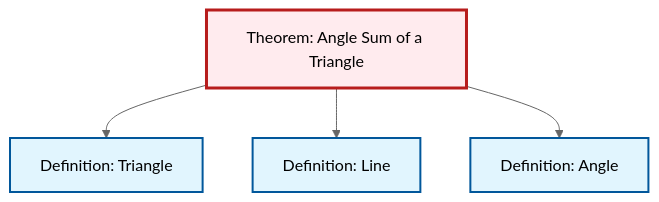
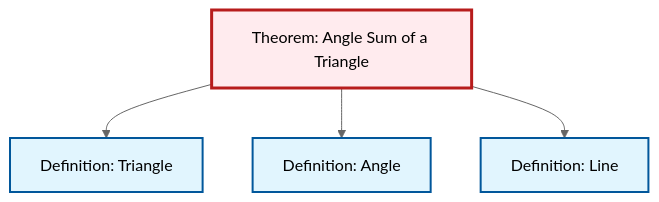
Before and after one commit to RK0429/ModernMath: the diagram in content/en/geometry/thm-angle-sum-triangle.qmd, drawn with Mermaid (neutral theme). The commit also changed other lines of this file and 672 other files, not shown here.

````diff
--- a/content/en/geometry/thm-angle-sum-triangle.qmd
+++ b/content/en/geometry/thm-angle-sum-triangle.qmd
@@ -57,20 +57,20 @@
 ```{mermaid}
 %%| fig-cap: "Local dependency graph"
 graph TD
     classDef definition fill:#e1f5fe,stroke:#01579b,stroke-width:2px
     classDef theorem fill:#f3e5f5,stroke:#4a148c,stroke-width:2px
     classDef axiom fill:#fff3e0,stroke:#e65100,stroke-width:2px
     classDef example fill:#e8f5e9,stroke:#1b5e20,stroke-width:2px
     classDef current fill:#ffebee,stroke:#b71c1c,stroke-width:3px
+    def-triangle["Definition: Triangle"]:::definition
     def-line["Definition: Line"]:::definition
     thm-angle-sum-triangle["Theorem: Angle Sum of a Triangle"]:::theorem
-    def-triangle["Definition: Triangle"]:::definition
     def-angle["Definition: Angle"]:::definition
     thm-angle-sum-triangle --> def-triangle
+    thm-angle-sum-triangle --> def-angle
     thm-angle-sum-triangle --> def-line
-    thm-angle-sum-triangle --> def-angle
     class thm-angle-sum-triangle current
+    click def-triangle "def-triangle.html" "Go to Triangle definition"
     click def-line "def-line.html" "Go to Line definition"
-    click def-triangle "def-triangle.html" "Go to Triangle definition"
     click def-angle "def-angle.html" "Go to Angle definition"
 ```
````
